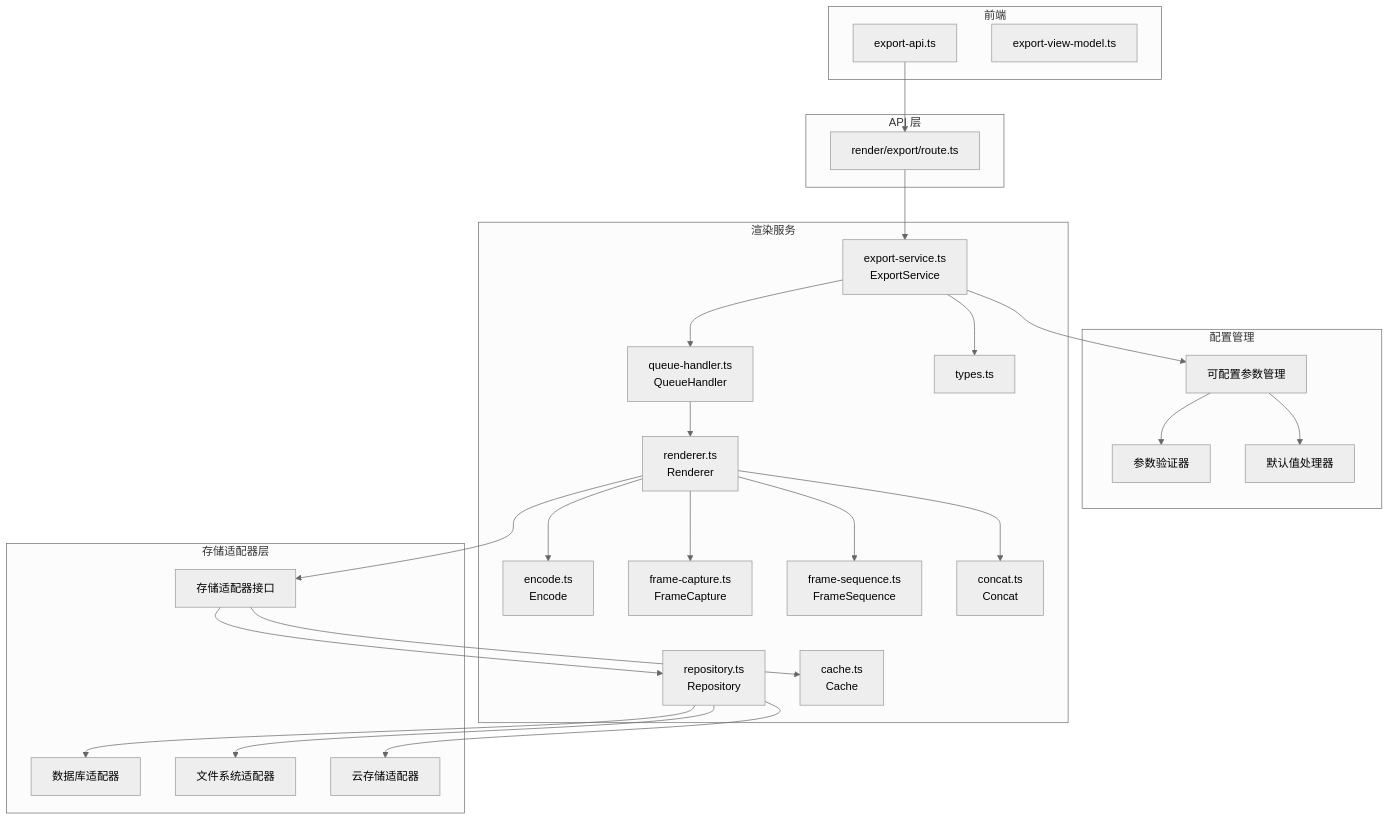
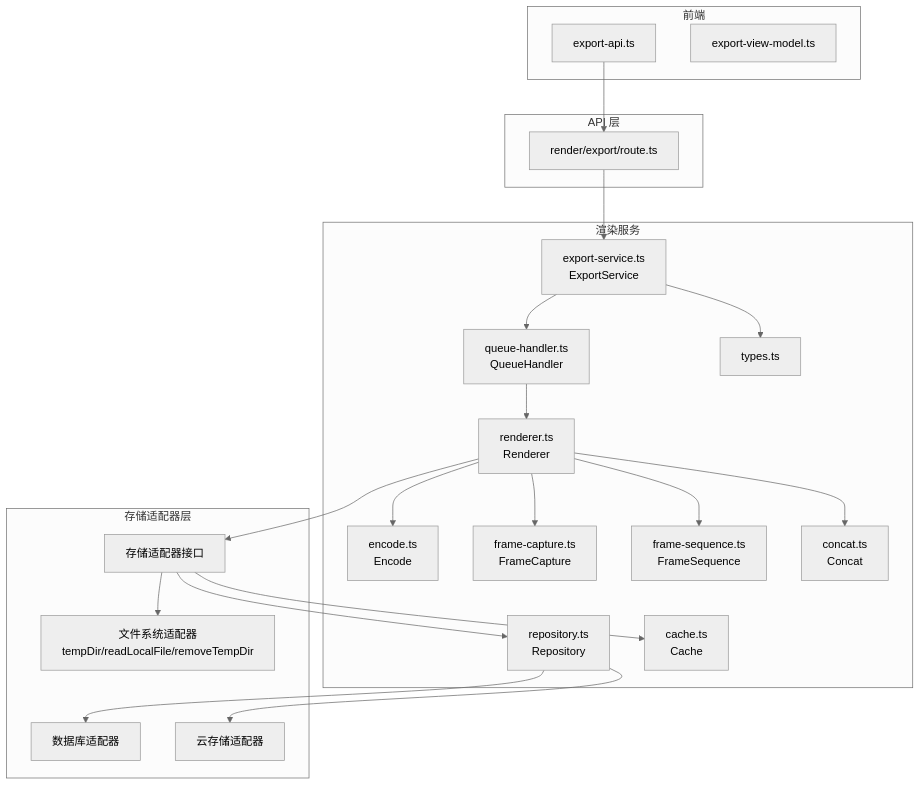
The first of 9 diagrams in .qoder/repowiki/zh/content/核心功能模块/渲染引擎/导出服务.md (AIMFllyYS/code-video-canvas), drawn with Mermaid (neutral theme) before and after one commit. The commit also changed other lines of this file and 20 other files, not shown here.

````diff
--- a/.qoder/repowiki/zh/content/核心功能模块/渲染引擎/导出服务.md
+++ b/.qoder/repowiki/zh/content/核心功能模块/渲染引擎/导出服务.md
@@ -52,51 +52,43 @@
 ```mermaid
 graph TB
 subgraph "前端"
 FE_API["export-api.ts"]
 FE_VM["export-view-model.ts"]
 end
 subgraph "API 层"
 Route["render/export/route.ts"]
-end
-subgraph "配置管理"
-Config["可配置参数管理"]
-Validation["参数验证器"]
-Defaults["默认值处理器"]
 end
 subgraph "渲染服务"
 ES["export-service.ts<br/>ExportService"]
 QH["queue-handler.ts<br/>QueueHandler"]
 RND["renderer.ts<br/>Renderer"]
 REPO["repository.ts<br/>Repository"]
 CACHE["cache.ts<br/>Cache"]
 ENC["encode.ts<br/>Encode"]
 FCAP["frame-capture.ts<br/>FrameCapture"]
 FSEQ["frame-sequence.ts<br/>FrameSequence"]
 CONCAT["concat.ts<br/>Concat"]
 TYPES["types.ts"]
 end
 subgraph "存储适配器层"
 StorageAdapter["存储适配器接口"]
+FSAdapter["文件系统适配器<br/>tempDir/readLocalFile/removeTempDir"]
 DBAdapter["数据库适配器"]
-FileAdapter["文件系统适配器"]
 CloudAdapter["云存储适配器"]
 end
 FE_API --> Route
 Route --> ES
 ES --> QH
-ES --> Config
-Config --> Validation
-Config --> Defaults
 QH --> RND
 RND --> FCAP
 RND --> FSEQ
 RND --> ENC
 RND --> CONCAT
 RND --> StorageAdapter
+StorageAdapter --> FSAdapter
 StorageAdapter --> REPO
 StorageAdapter --> CACHE
 REPO --> DBAdapter
-REPO --> FileAdapter
 REPO --> CloudAdapter
 ES --> TYPES
 ```
````
